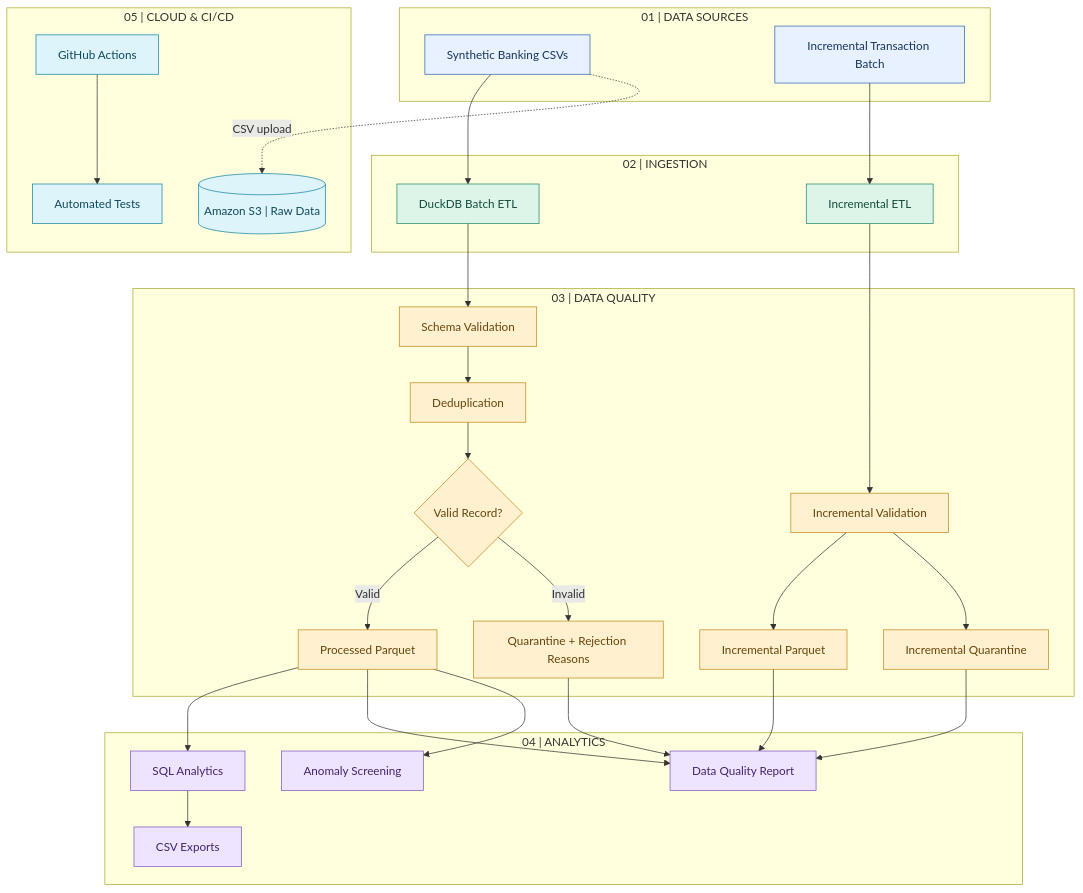
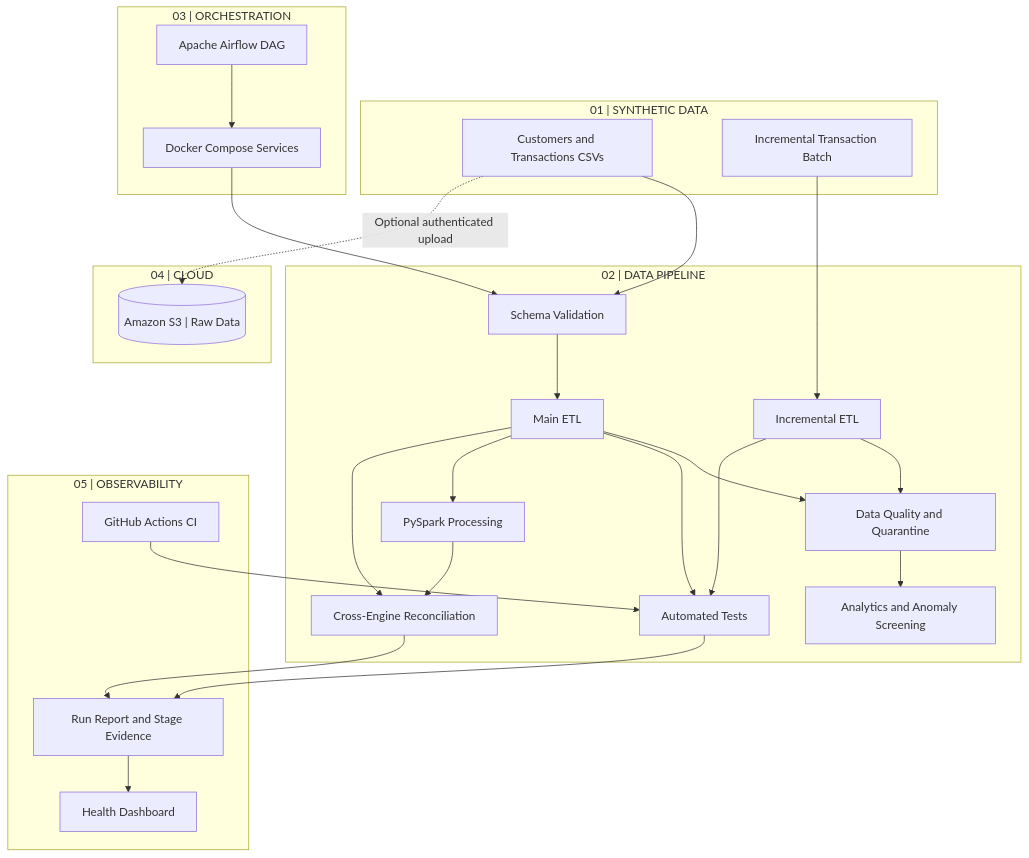
The diagram in README.md (Vaishnav-K/ai-enhanced-banking-data-platform), drawn with Mermaid before and after one commit. The commit also changed other lines of this file and 2 other files, not shown here.

Commit message:
Document Airflow Spark and S3 pipeline

````diff
--- a/README.md
+++ b/README.md
@@ -7,65 +7,46 @@
 ```mermaid
 flowchart TB
-    subgraph S1["01 | DATA SOURCES"]
-        A["Synthetic Banking CSVs"]
+    subgraph Sources["01 | SYNTHETIC DATA"]
+        A["Customers and Transactions CSVs"]
         B["Incremental Transaction Batch"]
     end
 
-    subgraph S2["02 | INGESTION"]
-        C["DuckDB Batch ETL"]
-        D["Incremental ETL"]
+    subgraph Pipeline["02 | DATA PIPELINE"]
+        C["Schema Validation"]
+        D["Main ETL"]
+        E["Incremental ETL"]
+        F["Data Quality and Quarantine"]
+        G["Analytics and Anomaly Screening"]
+        H["Automated Tests"]
+        I["PySpark Processing"]
+        J["Cross-Engine Reconciliation"]
     end
 
-    subgraph S3["03 | DATA QUALITY"]
-        E["Schema Validation"]
-        F["Deduplication"]
-        G{"Valid Record?"}
-        H["Processed Parquet"]
-        I["Quarantine + Rejection Reasons"]
-        J["Incremental Validation"]
-        K["Incremental Parquet"]
-        L["Incremental Quarantine"]
+    subgraph Orchestration["03 | ORCHESTRATION"]
+        K["Apache Airflow DAG"]
+        L["Docker Compose Services"]
     end
 
-    subgraph S4["04 | ANALYTICS"]
-        M["SQL Analytics"]
-        N["Data Quality Report"]
-        O["Anomaly Screening"]
-        P["CSV Exports"]
+    subgraph Cloud["04 | CLOUD"]
+        M[("Amazon S3 | Raw Data")]
     end
 
-    subgraph S5["05 | CLOUD & CI/CD"]
-        Q[("Amazon S3 | Raw Data")]
-        R["GitHub Actions"]
-        T["Automated Tests"]
-        R --> T
+    subgraph Evidence["05 | OBSERVABILITY"]
+        N["Run Report and Stage Evidence"]
+        O["Health Dashboard"]
+        P["GitHub Actions CI"]
     end
 
-    A --> C --> E --> F --> G
-    G -->|Valid| H
-    G -->|Invalid| I
-    B --> D --> J
-    J --> K
-    J --> L
-
-    H --> M --> P
+    A --> C --> D --> F --> G
+    B --> E --> F
+    D --> H
+    E --> H
+    D --> I --> J
+    D --> J
+    K --> L --> C
     H --> N
-    H --> O
-    I --> N
-    K --> N
-    L --> N
-
-    A -. "CSV upload" .-> Q
-
-    classDef source fill:#E8F1FF,stroke:#3267B2,color:#17365D
-    classDef ingest fill:#DDF5E8,stroke:#21876A,color:#124D3E
-    classDef quality fill:#FFF0D0,stroke:#C48A1B,color:#67450A
-    classDef analytics fill:#EEE4FF,stroke:#8256C5,color:#42256D
-    classDef cloud fill:#DDF4FA,stroke:#1684A5,color:#10495B
-
-    class A,B source
-    class C,D ingest
-    class E,F,G,H,I,J,K,L quality
-    class M,N,O,P analytics
-    class Q,R,T cloud
+    J --> N
+    N --> O
+    P --> H
+    A -. "Optional authenticated upload" .-> M
 ```
````
